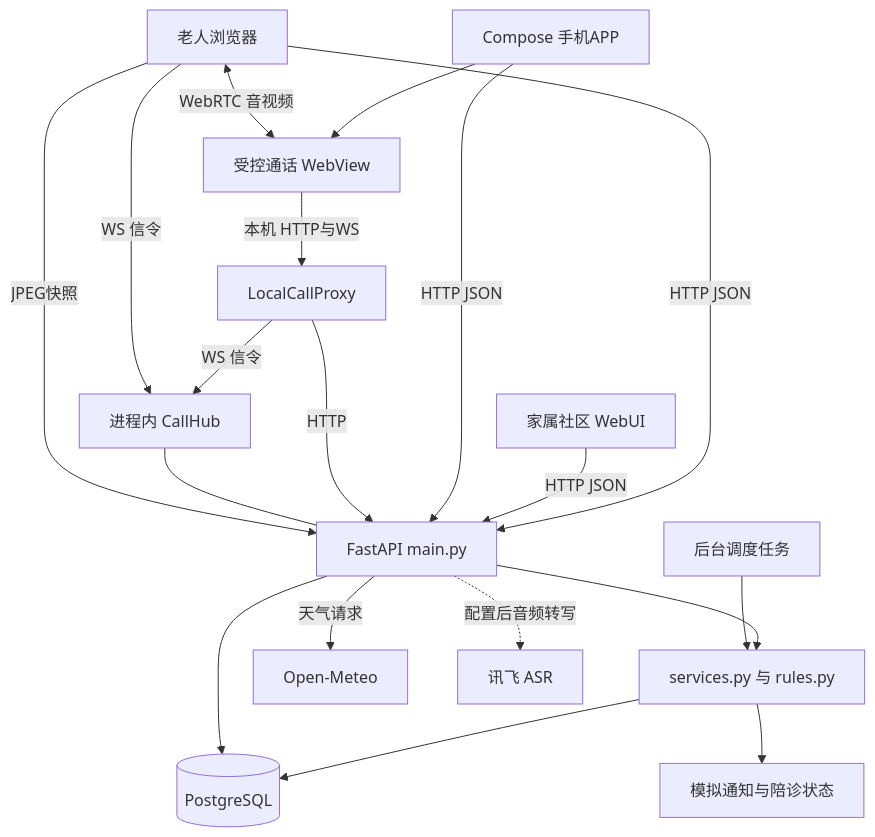
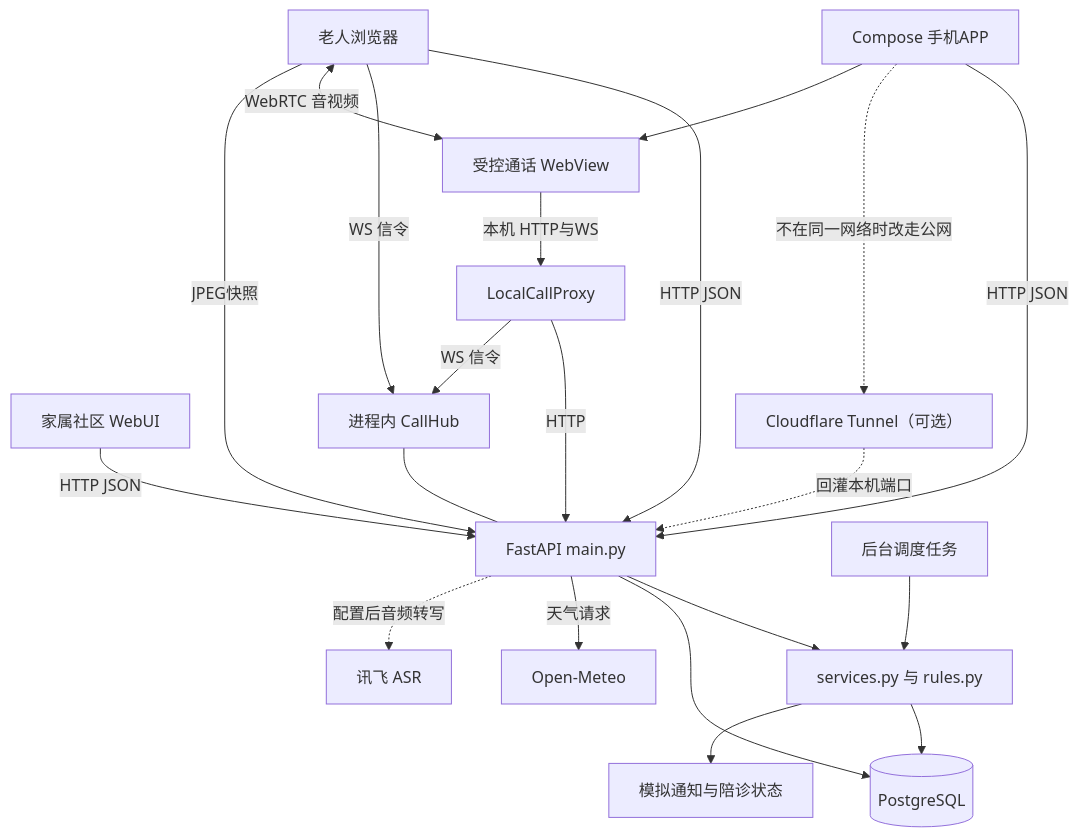
One commit to lovhastum-png/LaoYou_ChuangXin_Agent changed the first of 7 diagrams in doc/01-开发者文档.md. Above: the diagram before and after it, drawn with Mermaid. The commit also changed other lines of this file and 24 other files, not shown here.

````diff
--- a/doc/01-开发者文档.md
+++ b/doc/01-开发者文档.md
@@ -58,21 +59,23 @@
 ```mermaid
 flowchart TB
   E["老人浏览器"] -->|HTTP JSON| A["FastAPI main.py"]
   C["家属社区 WebUI"] -->|HTTP JSON| A
   N["Compose 手机APP"] -->|HTTP JSON| A
+  N -.->|不在同一网络时改走公网| TUN["Cloudflare Tunnel（可选）"]
+  TUN -.->|回灌本机端口| A
   N --> V["受控通话 WebView"]
   V -->|本机 HTTP与WS| P["LocalCallProxy"]
   P -->|HTTP| A
   P -->|WS 信令| H["进程内 CallHub"]
   E -->|WS 信令| H
   H --- A
   E <-->|WebRTC 音视频| V
   A --> R["services.py 与 rules.py"]
   T["后台调度任务"] --> R
   R --> DB[("PostgreSQL")]
   A --> DB
   A -->|天气请求| W["Open-Meteo"]
   A -.->|配置后音频转写| X["讯飞 ASR"]
   R --> M["模拟通知与陪诊状态"]
   E -->|JPEG快照| A
 ```
````
